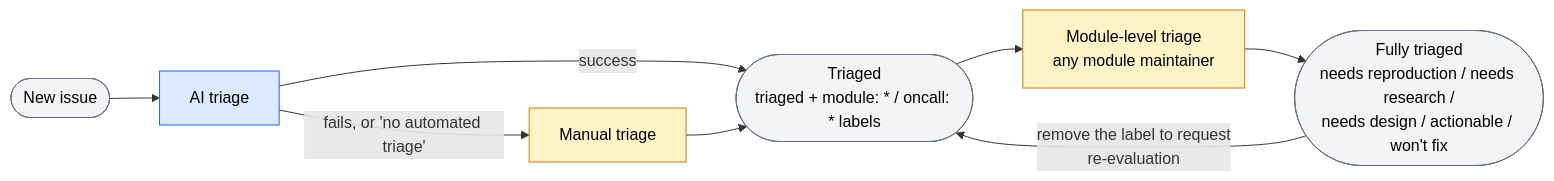
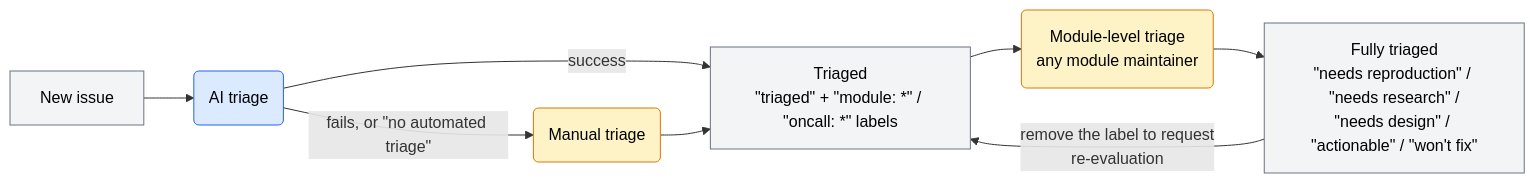
The first of 2 diagrams in CONTRIBUTING.md (pytorch/pytorch), drawn with Mermaid before and after one commit. The commit also changed other lines of this file and 1 other file, not shown here.

````diff
--- a/CONTRIBUTING.md
+++ b/CONTRIBUTING.md
@@ -103,15 +102,15 @@
 ```mermaid
 flowchart LR
-    new([New issue]) --> ai[AI triage]
-    ai -- success --> triaged(["Triaged<br/>triaged + module: * / oncall: * labels"])
-    ai -- "fails, or 'no automated triage'" --> manual[Manual triage] --> triaged
-    triaged --> mtriage["Module-level triage<br/>any module maintainer"]
-    mtriage --> full(["Fully triaged<br/>needs reproduction / needs research /<br/>needs design / actionable / won't fix"])
+    new[New issue] --> ai(AI triage)
+    ai -- success --> triaged["Triaged<br/>#quot;triaged#quot; + #quot;module: *#quot; / #quot;oncall: *#quot; labels"]
+    ai -- "fails, or #quot;no automated triage#quot;" --> manual(Manual triage) --> triaged
+    triaged --> mtriage("Module-level triage<br/>any module maintainer")
+    mtriage --> full["Fully triaged<br/>#quot;needs reproduction#quot; / #quot;needs research#quot; /<br/>#quot;needs design#quot; / #quot;actionable#quot; / #quot;won't fix#quot;"]
     full -- "remove the label to request<br/>re-evaluation" --> triaged
     classDef state fill:#f3f4f6,stroke:#6b7280,color:#000
     classDef aiproc fill:#dbeafe,stroke:#2563eb,color:#000
     classDef humanproc fill:#fef3c7,stroke:#d97706,color:#000
     class new,triaged,full state
     class ai aiproc
     class manual,mtriage humanproc
 ```
````
